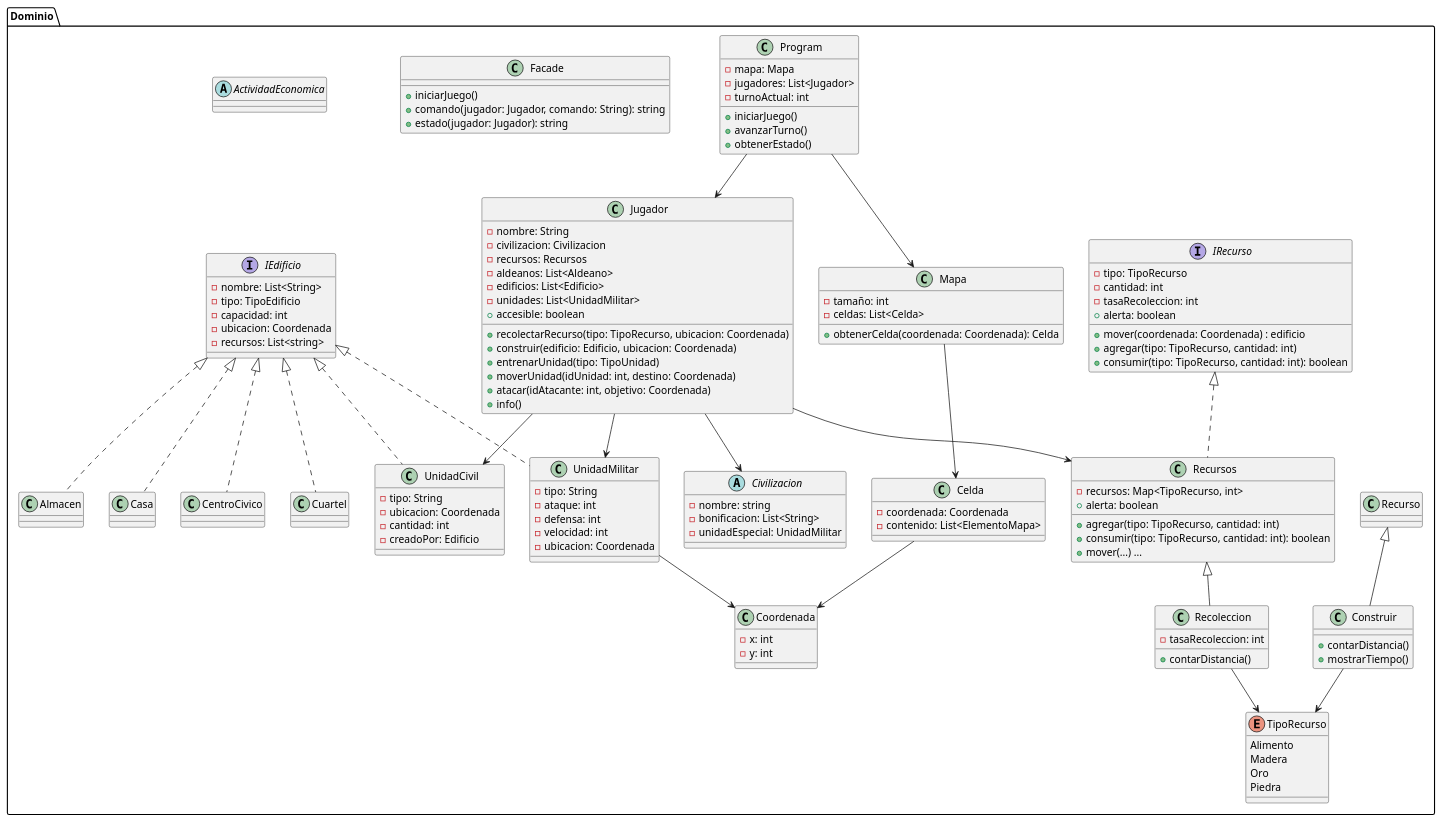
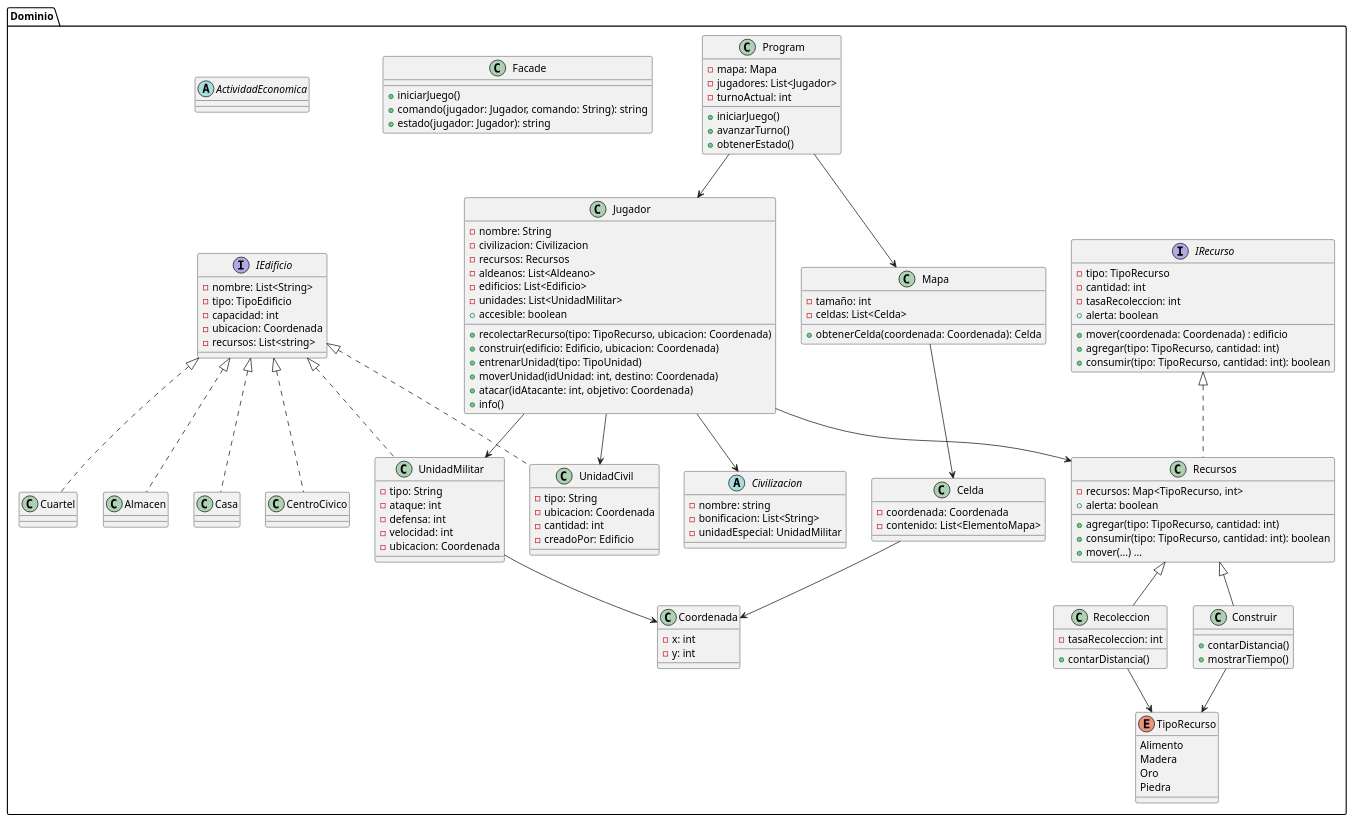
The diagram in src/scratch.puml (mcaetano7/proyectop22025), drawn with PlantUML before and after one commit.

```diff
--- a/src/scratch.puml
+++ b/src/scratch.puml
@@ -1,153 +1,153 @@
 @startuml PIIProyecto2025
 
 ' Paquete principal
 package "Dominio" {
     
     class Program {
         - mapa: Mapa
         - jugadores: List<Jugador>
         - turnoActual: int
         + iniciarJuego()
         + avanzarTurno()
         + obtenerEstado()
     }
     
     class Facade {
     + iniciarJuego()
     + comando(jugador: Jugador, comando: String): string
     + estado(jugador: Jugador): string
     }
 
     class Jugador{
         - nombre: String
         - civilizacion: Civilizacion
         - recursos: Recursos
         - aldeanos: List<Aldeano>
         - edificios: List<Edificio>
         - unidades: List<UnidadMilitar>
         + recolectarRecurso(tipo: TipoRecurso, ubicacion: Coordenada)
         + construir(edificio: Edificio, ubicacion: Coordenada)
         + entrenarUnidad(tipo: TipoUnidad)
         + moverUnidad(idUnidad: int, destino: Coordenada)
         + atacar(idAtacante: int, objetivo: Coordenada)
         + accesible: boolean
         + info()
     }
 
     class Mapa {
         - tamaño: int
         - celdas: List<Celda>
         + obtenerCelda(coordenada: Coordenada): Celda
     }
 
     class Celda{
         - coordenada: Coordenada
         - contenido: List<ElementoMapa>
     }
 
     class Coordenada {
         - x: int
         - y: int
     }
 
     interface IRecurso {
         - tipo: TipoRecurso
         - cantidad: int
         - tasaRecoleccion: int
         + mover(coordenada: Coordenada) : edificio
         + agregar(tipo: TipoRecurso, cantidad: int)
         + consumir(tipo: TipoRecurso, cantidad: int): boolean
         + alerta: boolean 
         
     }
 
     enum TipoRecurso {
         Alimento
         Madera
         Oro 
         Piedra
     }
     
     abstract class Civilizacion{
         - nombre: string
         - bonificacion: List<String>
         - unidadEspecial: UnidadMilitar
     
     }
     
     interface IEdificio {
         - nombre: List<String>
         - tipo: TipoEdificio
         - capacidad: int
         - ubicacion: Coordenada
         - recursos: List<string>
     }
     
     class UnidadMilitar implements IEdificio{
         - tipo: String
         - ataque: int
         - defensa: int
         - velocidad: int
         - ubicacion: Coordenada
     }
     
     class Cuartel implements IEdificio{
     
     }
     
     class Almacen implements IEdificio{
     
     }
     
     class Casa implements IEdificio{
     }
     
     class CentroCivico implements IEdificio{
     
     }
 
     
     class UnidadCivil implements IEdificio {
         - tipo: String
         - ubicacion: Coordenada
         - cantidad: int
         - creadoPor: Edificio
     
     }
     
     class Recursos implements IRecurso {
         - recursos: Map<TipoRecurso, int>
         + agregar(tipo: TipoRecurso, cantidad: int)
         + consumir(tipo: TipoRecurso, cantidad: int): boolean
         + mover(...) ...
         + alerta: boolean
     }
     
     abstract ActividadEconomica{
       
     }
        
-    class Construir extends Recurso{
+    class Construir extends Recursos{
     + contarDistancia()
     + mostrarTiempo()    
     }
     
     class Recoleccion extends Recursos{
     - tasaRecoleccion: int
     + contarDistancia()
     }
   
   Program --> Mapa
   Program --> Jugador
   Mapa --> Celda
   Jugador --> Civilizacion
   Jugador --> UnidadMilitar
   Jugador --> UnidadCivil
   Jugador --> Recursos
   Celda --> Coordenada
   UnidadMilitar --> Coordenada
   Construir --> TipoRecurso
   Recoleccion --> TipoRecurso 
 }
 
 @enduml
```
